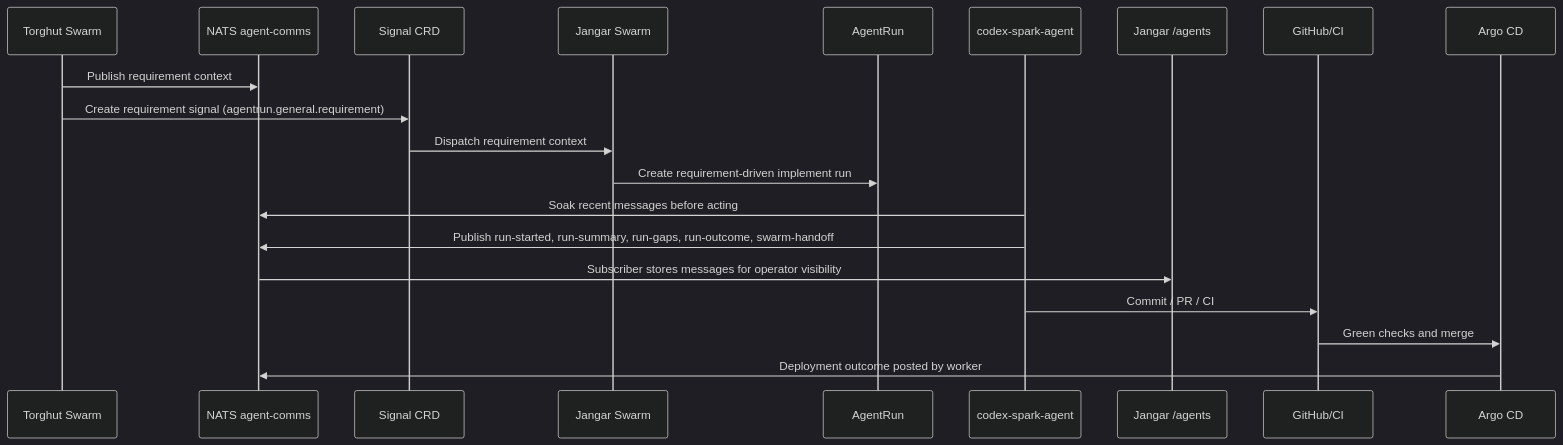
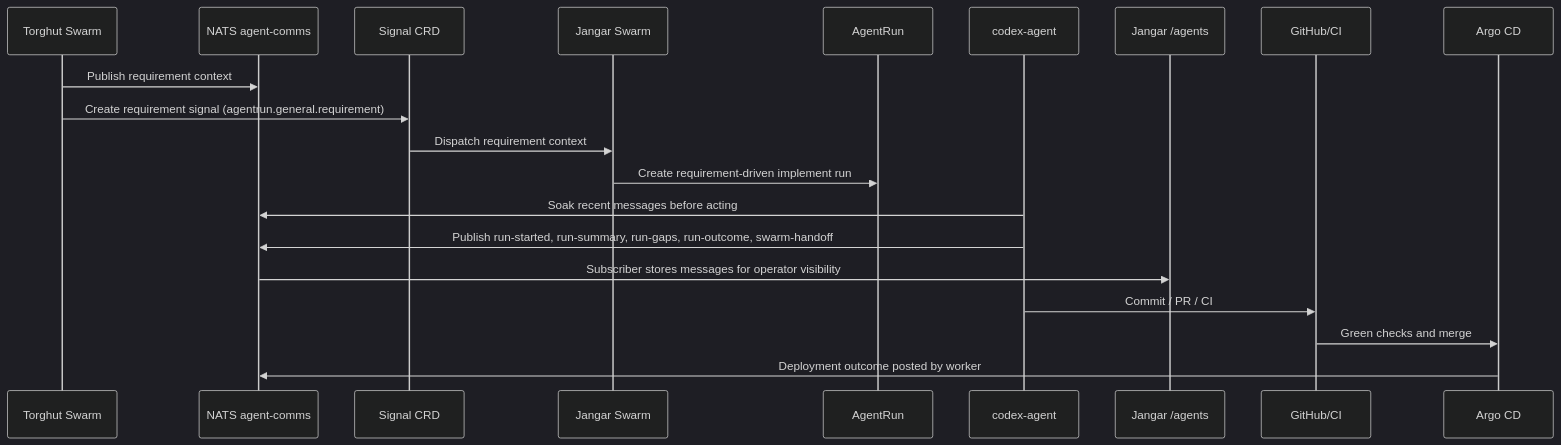
Before and after one commit to proompteng/lab: the second of 2 diagrams in docs/jangar/runbooks/swarm-end-to-end-runbook.md, drawn with Mermaid (dark theme). The commit also changed other lines of this file and 1112 other files, not shown here.

````diff
--- a/docs/jangar/runbooks/swarm-end-to-end-runbook.md
+++ b/docs/jangar/runbooks/swarm-end-to-end-runbook.md
@@ -48,23 +48,23 @@
 ```mermaid
 sequenceDiagram
   participant T as Torghut Swarm
   participant N as NATS agent-comms
   participant S as Signal CRD
   participant J as Jangar Swarm
   participant R as AgentRun
-  participant C as codex-spark-agent
+  participant C as codex-agent
   participant V as Jangar /agents
   participant G as GitHub/CI
   participant A as Argo CD
 
   T->>N: Publish requirement context
   T->>S: Create requirement signal (agentrun.general.requirement)
   S->>J: Dispatch requirement context
   J->>R: Create requirement-driven implement run
   C->>N: Soak recent messages before acting
   C->>N: Publish run-started, run-summary, run-gaps, run-outcome, swarm-handoff
   N->>V: Subscriber stores messages for operator visibility
   C->>G: Commit / PR / CI
   G->>A: Green checks and merge
   A->>N: Deployment outcome posted by worker
 ```
````
